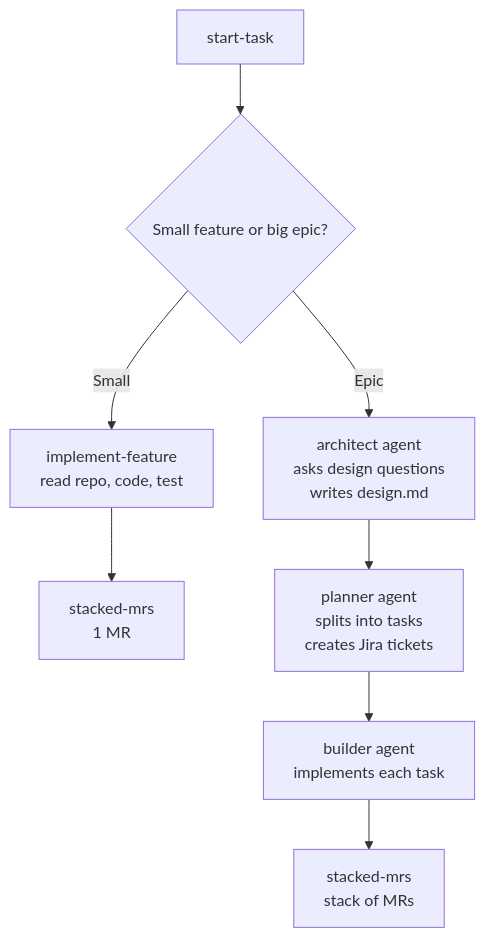
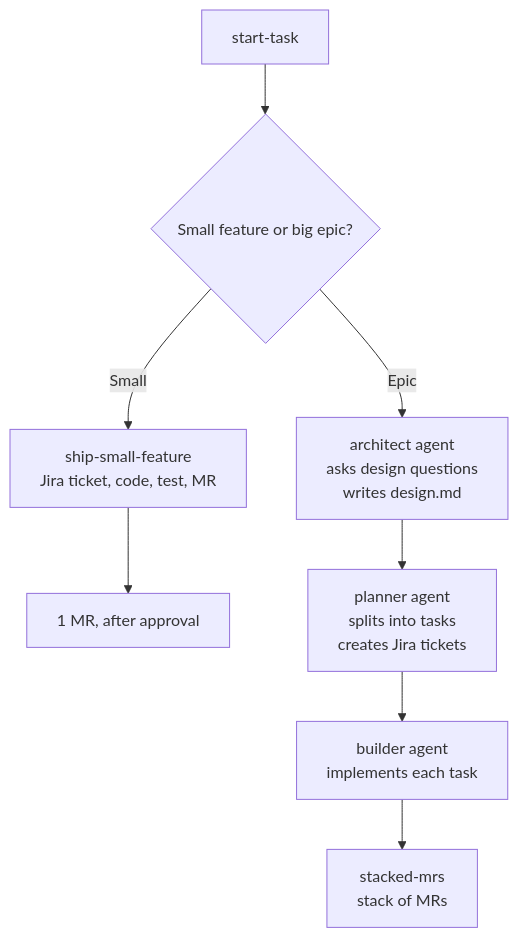
The diagram in README.md (rutansh/agent-hub), drawn with Mermaid before and after one commit. The commit also changed other lines of this file and 21 other files, not shown here.

First line of the commit message:
feat: add ship-small-feature skill (ticket, implement, test, merge request)

````diff
--- a/README.md
+++ b/README.md
@@ -15,10 +15,10 @@
 ```mermaid
 flowchart TD
     A[start-task] --> B{Small feature or big epic?}
-    B -->|Small| C[implement-feature<br/>read repo, code, test]
-    C --> D[stacked-mrs<br/>1 MR]
+    B -->|Small| C[ship-small-feature<br/>Jira ticket, code, test, MR]
+    C --> D[1 MR, after approval]
     B -->|Epic| E[architect agent<br/>asks design questions<br/>writes design.md]
     E --> F[planner agent<br/>splits into tasks<br/>creates Jira tickets]
     F --> G[builder agent<br/>implements each task]
     G --> H[stacked-mrs<br/>stack of MRs]
 ```
````
